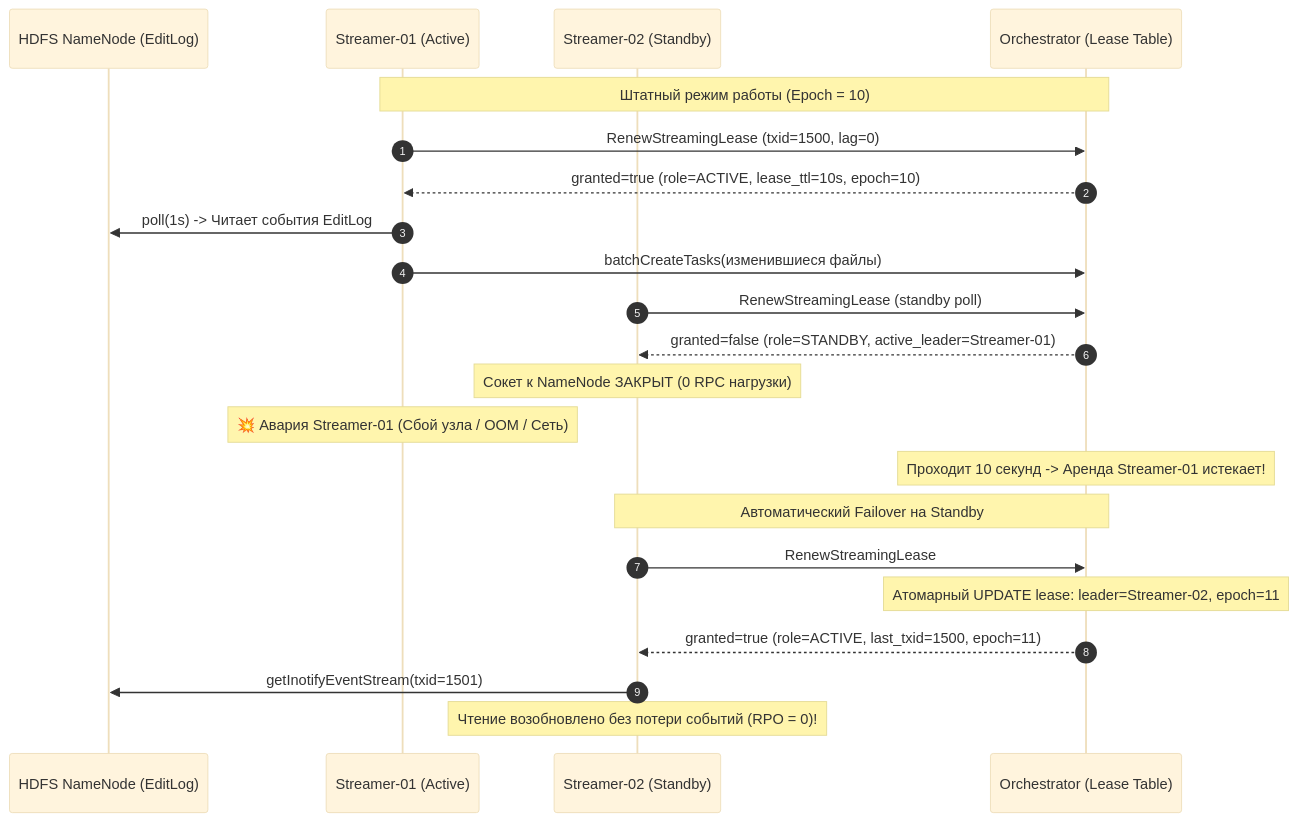
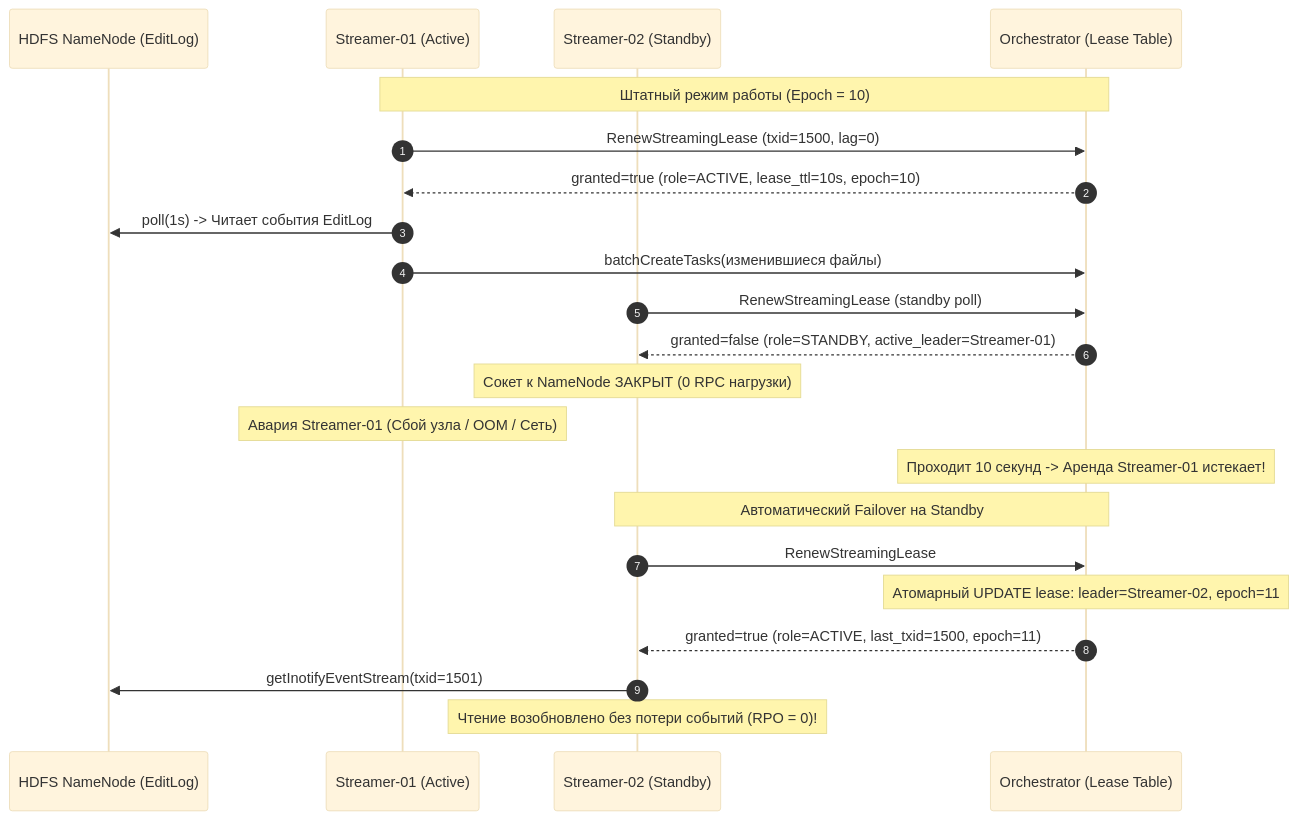
One commit to balookrd/hadoop-explorer changed the second of 8 diagrams in docs/replicator-fault-tolerance.md. Above: the diagram before and after it, drawn with Mermaid (base theme). The commit also changed other lines of this file and 48 other files, not shown here.

````diff
--- a/docs/replicator-fault-tolerance.md
+++ b/docs/replicator-fault-tolerance.md
@@ -131,28 +144,28 @@
 ```mermaid
 sequenceDiagram
     autonumber
     participant NN as HDFS NameNode (EditLog)
     participant S1 as Streamer-01 (Active)
     participant S2 as Streamer-02 (Standby)
     participant Orch as Orchestrator (Lease Table)
 
     Note over S1,Orch: Штатный режим работы (Epoch = 10)
     S1->>Orch: RenewStreamingLease (txid=1500, lag=0)
     Orch-->>S1: granted=true (role=ACTIVE, lease_ttl=10s, epoch=10)
     S1->>NN: poll(1s) -> Читает события EditLog
     S1->>Orch: batchCreateTasks(изменившиеся файлы)
 
     S2->>Orch: RenewStreamingLease (standby poll)
     Orch-->>S2: granted=false (role=STANDBY, active_leader=Streamer-01)
     Note over S2: Сокет к NameNode ЗАКРЫТ (0 RPC нагрузки)
 
-    Note over S1: 💥 Авария Streamer-01 (Сбой узла / OOM / Сеть)
+    Note over S1: Авария Streamer-01 (Сбой узла / OOM / Сеть)
     Note over Orch: Проходит 10 секунд -> Аренда Streamer-01 истекает!
 
     Note over S2,Orch: Автоматический Failover на Standby
     S2->>Orch: RenewStreamingLease
     Note over Orch: Атомарный UPDATE lease: leader=Streamer-02, epoch=11
     Orch-->>S2: granted=true (role=ACTIVE, last_txid=1500, epoch=11)
     S2->>NN: getInotifyEventStream(txid=1501)
     Note over S2: Чтение возобновлено без потери событий (RPO = 0)!
 ```
````
